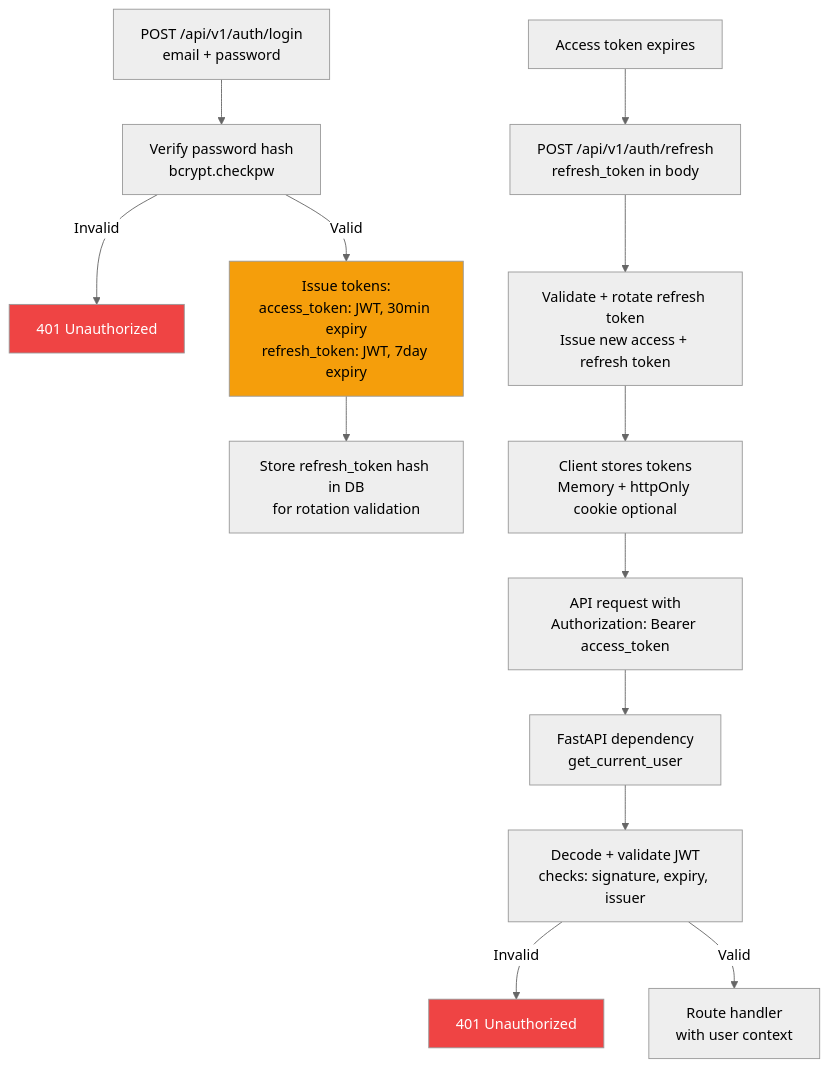
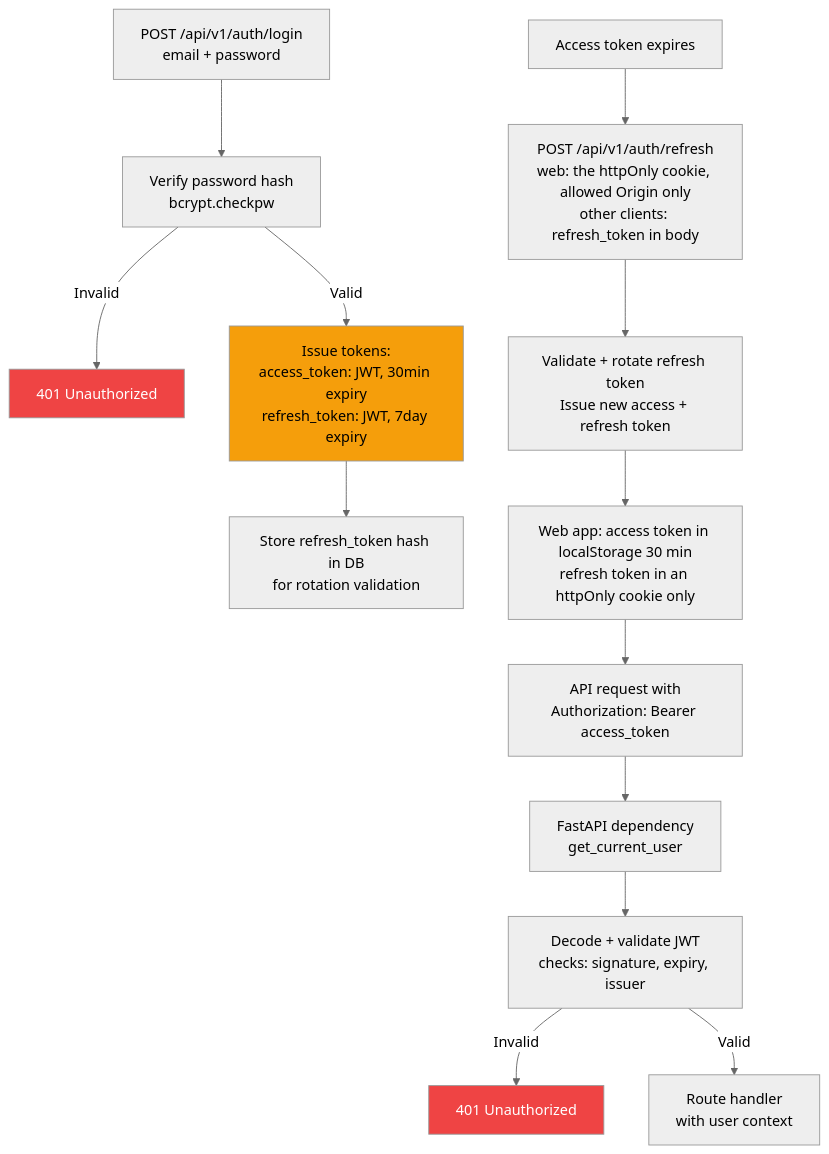
Diagram 11 of 12 in docs/architecture.md (lovishmanchanda/Agentic-Interview-Coach), drawn with Mermaid (neutral theme) before and after one commit. The commit also changed other lines of this file and 57 other files, not shown here.

Commit message:
Phase 6: AI call records, admin dashboard, prompt registry (A/B + rollback), daily caps, eval suite, httpOnly refresh cookie

````diff
--- a/docs/architecture.md
+++ b/docs/architecture.md
@@ -1388,23 +1404,23 @@
 ```mermaid
 flowchart TD
     LOGIN[POST /api/v1/auth/login\nemail + password] --> VERIFY[Verify password hash\nbcrypt.checkpw]
     VERIFY -- Invalid --> ERR401[401 Unauthorized]
     VERIFY -- Valid --> TOKENS[Issue tokens:\naccess_token: JWT, 30min expiry\nrefresh_token: JWT, 7day expiry]
 
     TOKENS --> STORE_RT[Store refresh_token hash in DB\nfor rotation validation]
 
-    CLIENT[Client stores tokens\nMemory + httpOnly cookie optional] --> API_REQ[API request with\nAuthorization: Bearer access_token]
+    CLIENT[Web app: access token in localStorage 30 min\nrefresh token in an httpOnly cookie only] --> API_REQ[API request with\nAuthorization: Bearer access_token]
 
     API_REQ --> MIDDLEWARE[FastAPI dependency\nget_current_user]
     MIDDLEWARE --> DECODE[Decode + validate JWT\nchecks: signature, expiry, issuer]
     DECODE -- Invalid --> ERR401_2[401 Unauthorized]
     DECODE -- Valid --> HANDLER[Route handler\nwith user context]
 
-    ACCESS_EXPIRE[Access token expires] --> REFRESH[POST /api/v1/auth/refresh\nrefresh_token in body]
+    ACCESS_EXPIRE[Access token expires] --> REFRESH[POST /api/v1/auth/refresh\nweb: the httpOnly cookie, allowed Origin only\nother clients: refresh_token in body]
     REFRESH --> ROTATE[Validate + rotate refresh token\nIssue new access + refresh token]
     ROTATE --> CLIENT
 
     style TOKENS fill:#f59e0b,color:#000
     style ERR401 fill:#ef4444,color:#fff
     style ERR401_2 fill:#ef4444,color:#fff
 ```
````
